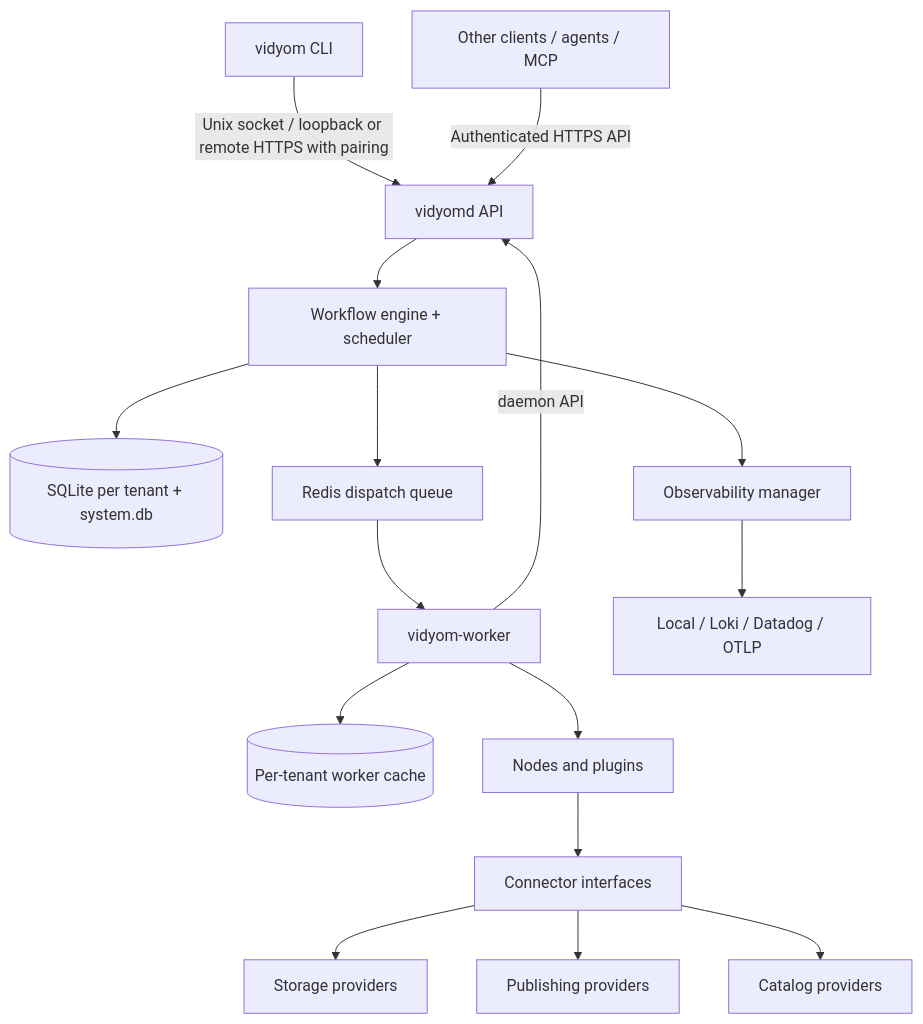
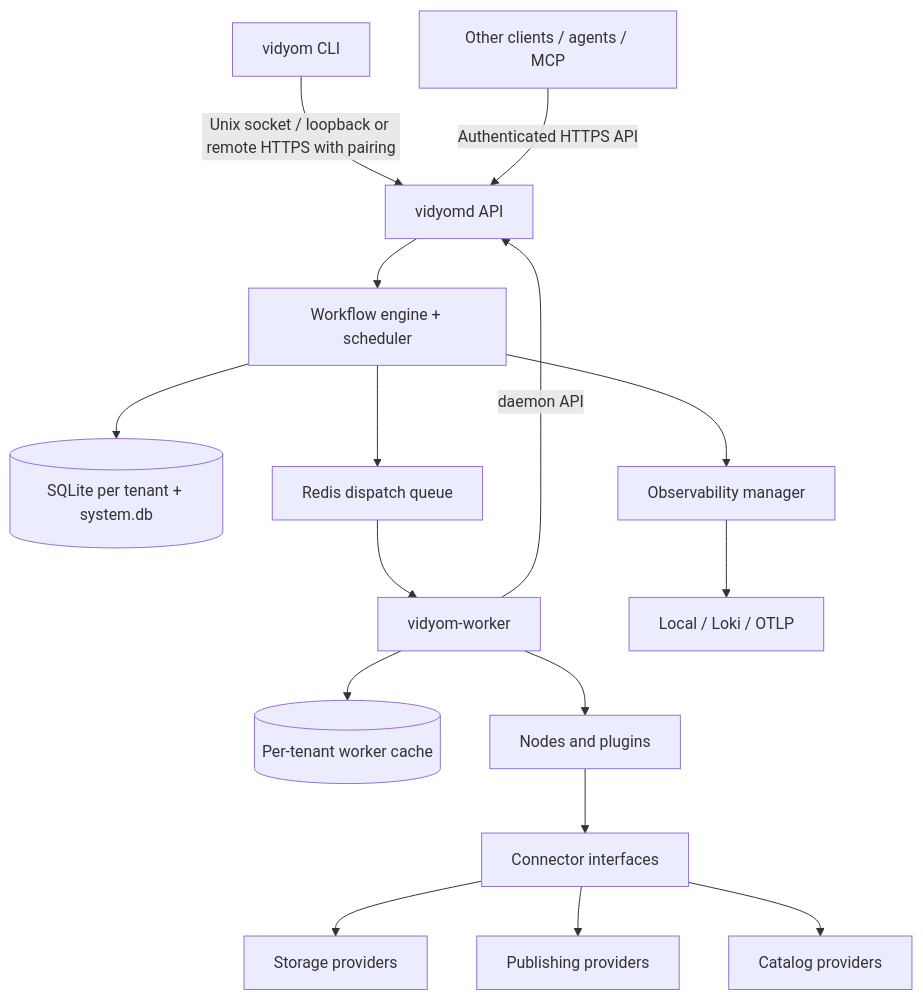
The diagram in website/docs/architecture/overview.md (rafaelp/vidyom), drawn with Mermaid before and after one commit. The commit also changed other lines of this file and 38 other files, not shown here.

````diff
--- a/website/docs/architecture/overview.md
+++ b/website/docs/architecture/overview.md
@@ -10,18 +10,18 @@
 ```mermaid
 flowchart TB
   CLI[vidyom CLI] -->|Unix socket / loopback or remote HTTPS with pairing| API[vidyomd API]
   Agent[Other clients / agents / MCP] -->|Authenticated HTTPS API| API
   API --> Engine[Workflow engine + scheduler]
   Engine --> DB[(SQLite per tenant + system.db)]
   Engine --> Queue[Redis dispatch queue]
   Queue --> Worker[vidyom-worker]
   Worker -->|daemon API| API
   Worker --> Cache[(Per-tenant worker cache)]
   Worker --> Nodes[Nodes and plugins]
   Nodes --> Connectors[Connector interfaces]
   Connectors --> Storage[Storage providers]
   Connectors --> Pub[Publishing providers]
   Connectors --> Catalog[Catalog providers]
   Engine --> O11y[Observability manager]
-  O11y --> Sinks[Local / Loki / Datadog / OTLP]
+  O11y --> Sinks[Local / Loki / OTLP]
 ```
````
